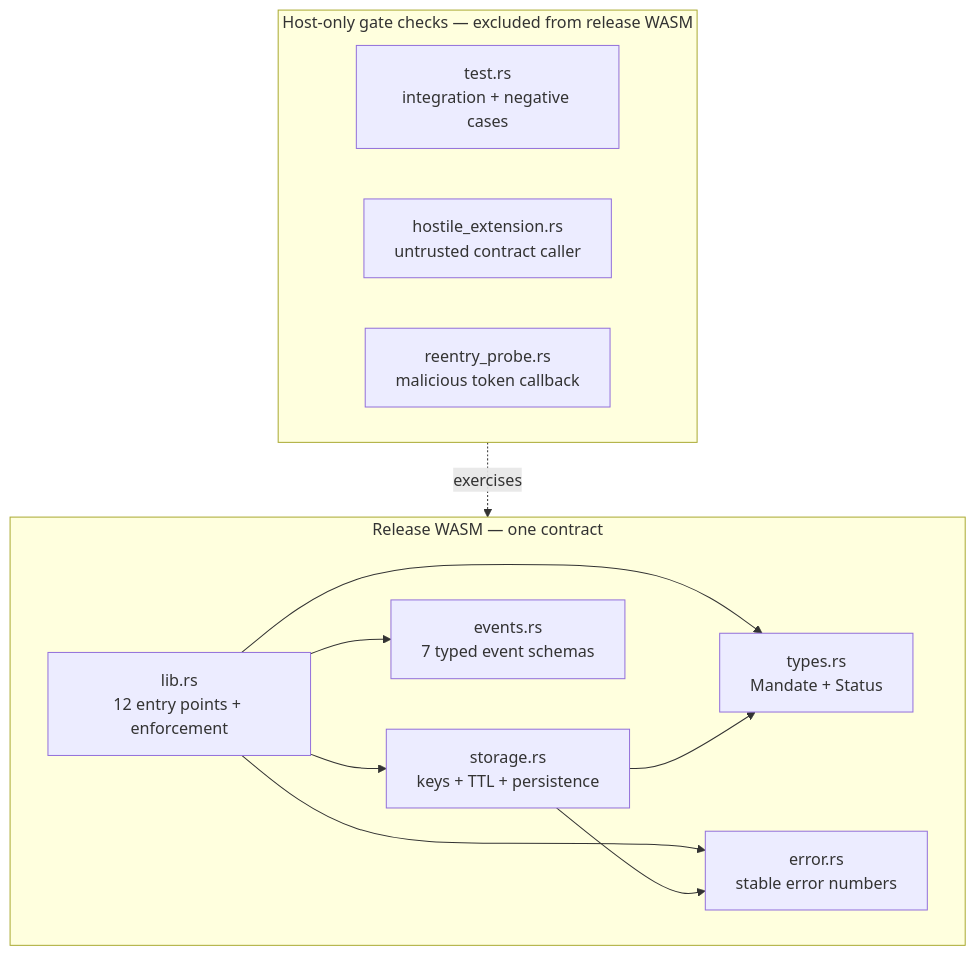
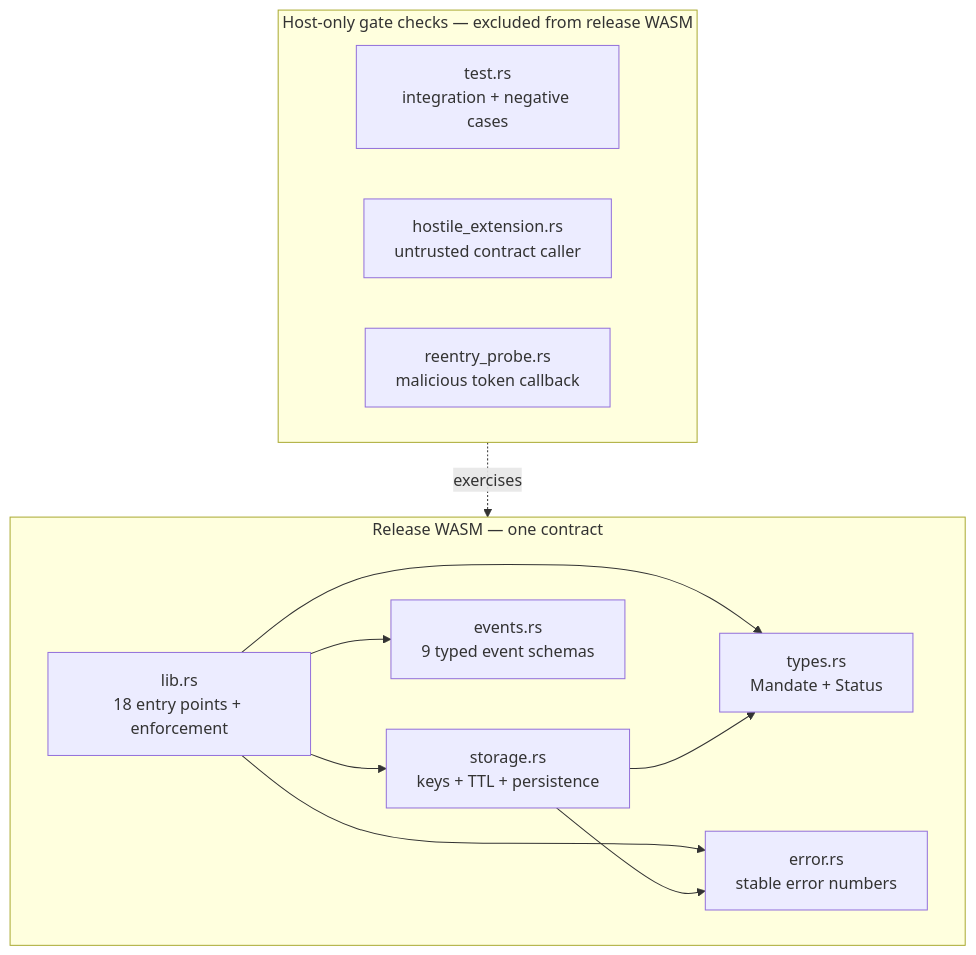
The first of 6 diagrams in contracts/mainnet-v2/README.md (ackrate/ackrate-protocol-contracts), drawn with Mermaid before and after one commit. The commit also changed other lines of this file and 60 other files, not shown here.

````diff
--- a/contracts/mainnet-v2/README.md
+++ b/contracts/mainnet-v2/README.md
@@ -86,24 +90,24 @@
 ```mermaid
 flowchart TB
     subgraph WASM["Release WASM — one contract"]
-        L["lib.rs\n12 entry points + enforcement"]
+        L["lib.rs\n18 entry points + enforcement"]
         S["storage.rs\nkeys + TTL + persistence"]
         T["types.rs\nMandate + Status"]
         E["error.rs\nstable error numbers"]
-        V["events.rs\n7 typed event schemas"]
+        V["events.rs\n9 typed event schemas"]
         L --> S
         L --> T
         L --> E
         L --> V
         S --> T
         S --> E
     end
 
     subgraph TESTS["Host-only gate checks — excluded from release WASM"]
         IT["test.rs\nintegration + negative cases"]
         HE["hostile_extension.rs\nuntrusted contract caller"]
         RP["reentry_probe.rs\nmalicious token callback"]
     end
 
     TESTS -. exercises .-> WASM
 ```
````
